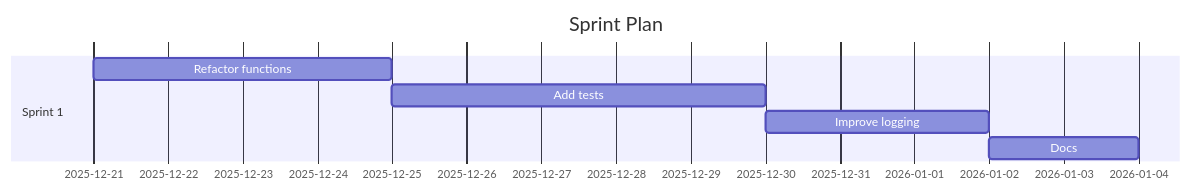
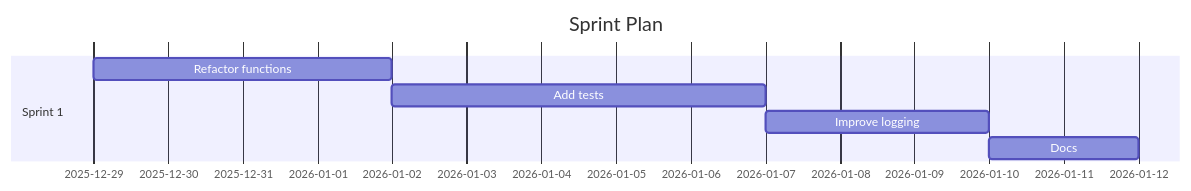
One commit to Anselmoo/mcp-ai-agent-guidelines changed the diagram in demos/demo-code-analysis.sprint.md. Above: the diagram before and after it, drawn with Mermaid. The commit also changed other lines of this file and 27 other files, not shown here.

````diff
--- a/demos/demo-code-analysis.sprint.md
+++ b/demos/demo-code-analysis.sprint.md
@@ -59,11 +59,11 @@
 ```mermaid
 gantt
 	dateFormat  YYYY-MM-DD
 	title Sprint Plan
 %% Accessibility: Title=Project Sprint Plan; Description=Gantt chart of sprints and tasks over time. %%
   section Sprint 1
-  Refactor functions :s1t0, 2025-12-21, 4d
-  Add tests :s1t1, 2025-12-25, 5d
-  Improve logging :s1t2, 2025-12-30, 3d
-  Docs :s1t3, 2026-01-02, 2d
+  Refactor functions :s1t0, 2025-12-29, 4d
+  Add tests :s1t1, 2026-01-02, 5d
+  Improve logging :s1t2, 2026-01-07, 3d
+  Docs :s1t3, 2026-01-10, 2d
 ```
````
